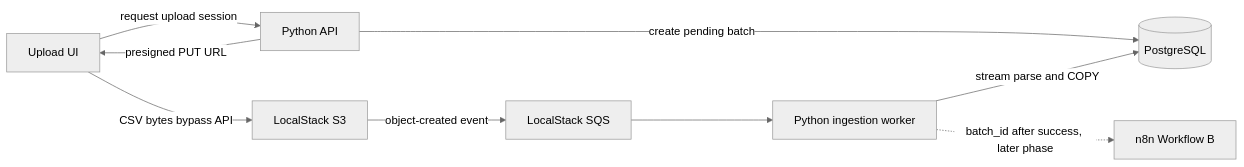
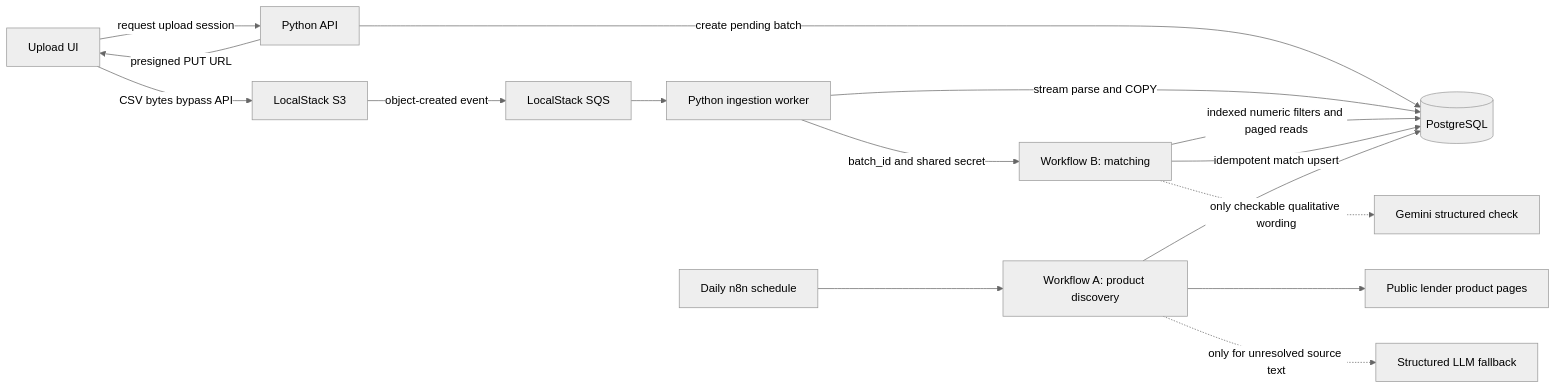
One commit to amriteshx1/loan-eligibility-engine changed the diagram in README.md. Above: the diagram before and after it, drawn with Mermaid (neutral theme). The commit also changed other lines of this file, not shown here.

Commit message:
Document Phases 3–4 workflows, schema changes, and local wiring in the README.

````diff
--- a/README.md
+++ b/README.md
@@ -20,11 +25,18 @@
 ```mermaid
 flowchart LR
     Browser[Upload UI] -->|request upload session| Api[Python API]
     Api -->|create pending batch| Db[(PostgreSQL)]
     Api -->|presigned PUT URL| Browser
     Browser -->|CSV bytes bypass API| S3[LocalStack S3]
     S3 -->|object-created event| Queue[LocalStack SQS]
     Queue --> Worker[Python ingestion worker]
     Worker -->|stream parse and COPY| Db
-    Worker -.->|batch_id after success, later phase| N8n[n8n Workflow B]
+    Worker -->|batch_id and shared secret| Match[Workflow B: matching]
+    Match -->|indexed numeric filters and paged reads| Db
+    Match -.->|only checkable qualitative wording| Gemini[Gemini structured check]
+    Match -->|idempotent match upsert| Db
+    Schedule[Daily n8n schedule] --> Discovery[Workflow A: product discovery]
+    Discovery --> Lenders[Public lender product pages]
+    Discovery -.->|only for unresolved source text| LLM[Structured LLM fallback]
+    Discovery --> Db
 ```
````
